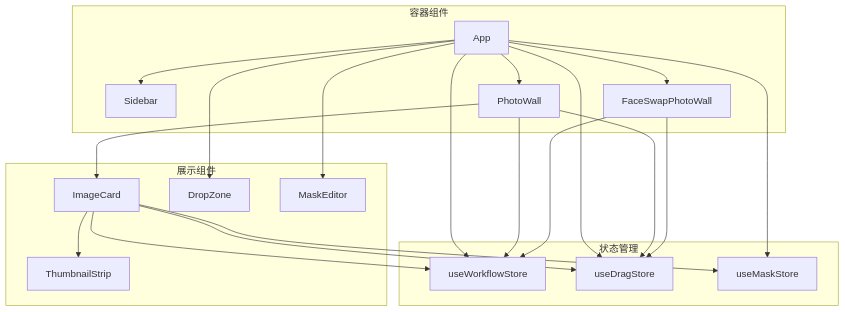
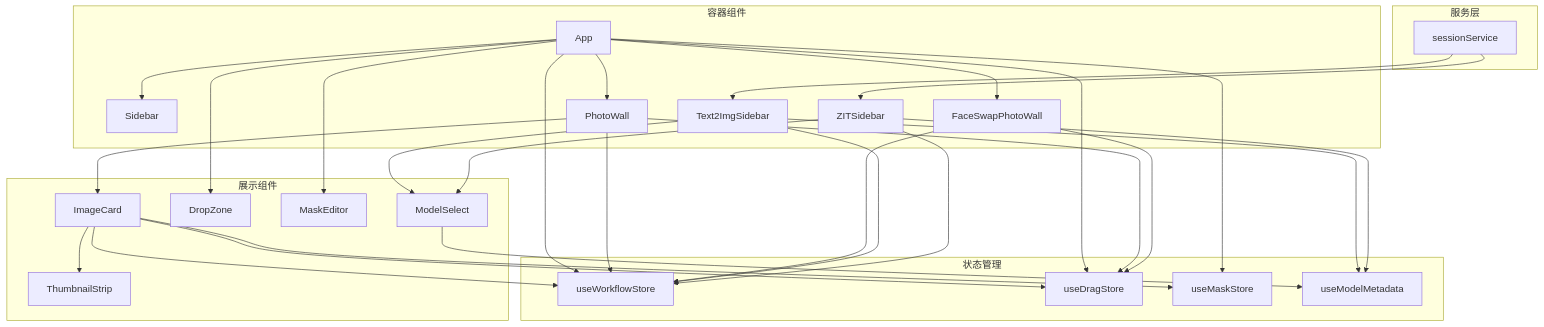
Before and after one commit to billye220670/CorineKit_Pix2Real: the second of 10 diagrams in .qoder/repowiki/zh/content/前端应用/React 组件体系.md, drawn with Mermaid. The commit also changed other lines of this file and 43 other files, not shown here.

````diff
--- a/.qoder/repowiki/zh/content/前端应用/React 组件体系.md
+++ b/.qoder/repowiki/zh/content/前端应用/React 组件体系.md
@@ -106,37 +132,53 @@
 ```mermaid
 graph TB
 subgraph "容器组件"
 APP["App"]
 SIDEBAR["Sidebar"]
 PW["PhotoWall"]
 FSPW["FaceSwapPhotoWall"]
+T2IS["Text2ImgSidebar"]
+ZITS["ZITSidebar"]
 end
 subgraph "展示组件"
 IC["ImageCard"]
 DZ["DropZone"]
 TS["ThumbnailStrip"]
 ME["MaskEditor"]
+MS["ModelSelect"]
 end
 subgraph "状态管理"
 WFS["useWorkflowStore"]
 DRAG["useDragStore"]
 MASK["useMaskStore"]
+MM["useModelMetadata"]
+end
+subgraph "服务层"
+SS["sessionService"]
 end
 APP --> SIDEBAR
 APP --> PW
 APP --> FSPW
 APP --> DZ
 PW --> IC
 IC --> TS
 APP --> ME
 APP --> WFS
 APP --> DRAG
 APP --> MASK
 IC --> WFS
 IC --> DRAG
 IC --> MASK
 PW --> WFS
 PW --> DRAG
 FSPW --> WFS
 FSPW --> DRAG
+T2IS --> MS
+T2IS --> MM
+T2IS --> WFS
+ZITS --> MS
+ZITS --> MM
+ZITS --> WFS
+MS --> MM
+SS --> T2IS
+SS --> ZITS
 ```
````
